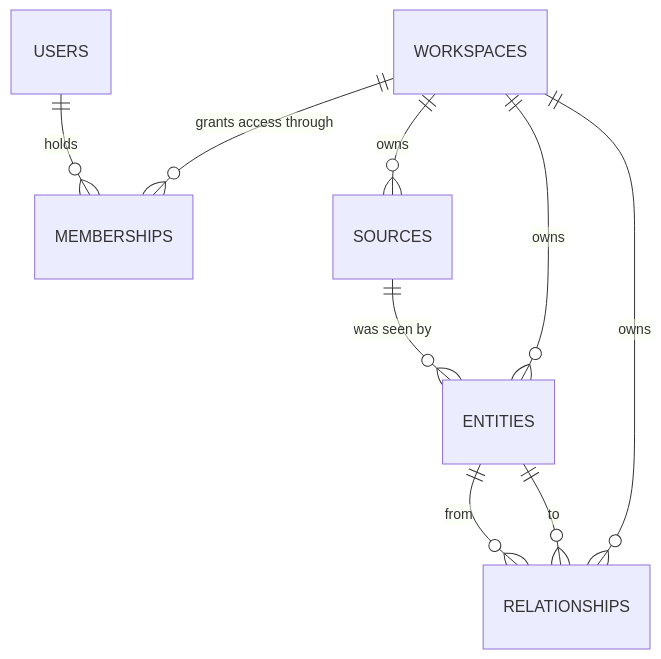
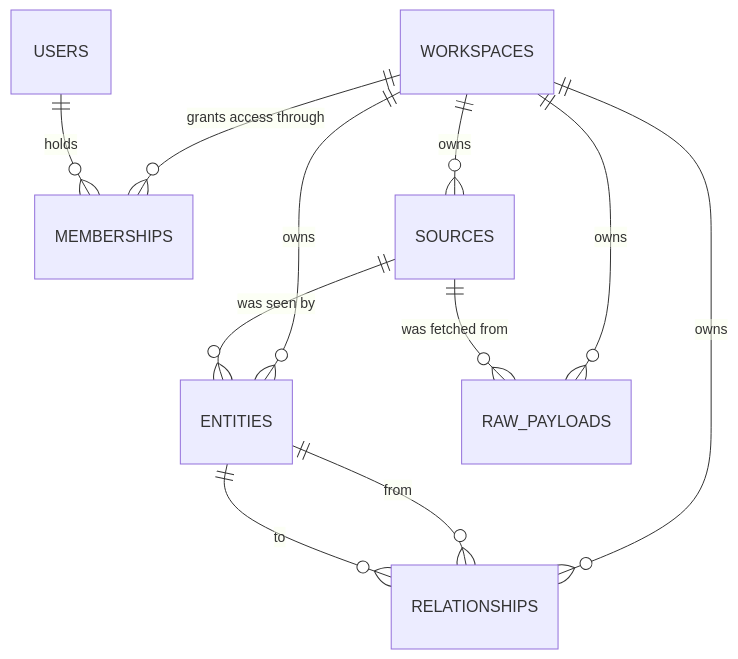
The third of 6 diagrams in docs/architecture.md (Haitam-elh/Leka), drawn with Mermaid before and after one commit. The commit also changed other lines of this file and 2 other files, not shown here.

````diff
--- a/docs/architecture.md
+++ b/docs/architecture.md
@@ -162,11 +162,13 @@
 ```mermaid
 erDiagram
     WORKSPACES ||--o{ MEMBERSHIPS : "grants access through"
     USERS ||--o{ MEMBERSHIPS : "holds"
     WORKSPACES ||--o{ SOURCES : owns
     WORKSPACES ||--o{ ENTITIES : owns
     WORKSPACES ||--o{ RELATIONSHIPS : owns
     SOURCES ||--o{ ENTITIES : "was seen by"
     ENTITIES ||--o{ RELATIONSHIPS : "from"
     ENTITIES ||--o{ RELATIONSHIPS : "to"
+    WORKSPACES ||--o{ RAW_PAYLOADS : owns
+    SOURCES ||--o{ RAW_PAYLOADS : "was fetched from"
 ```
````
